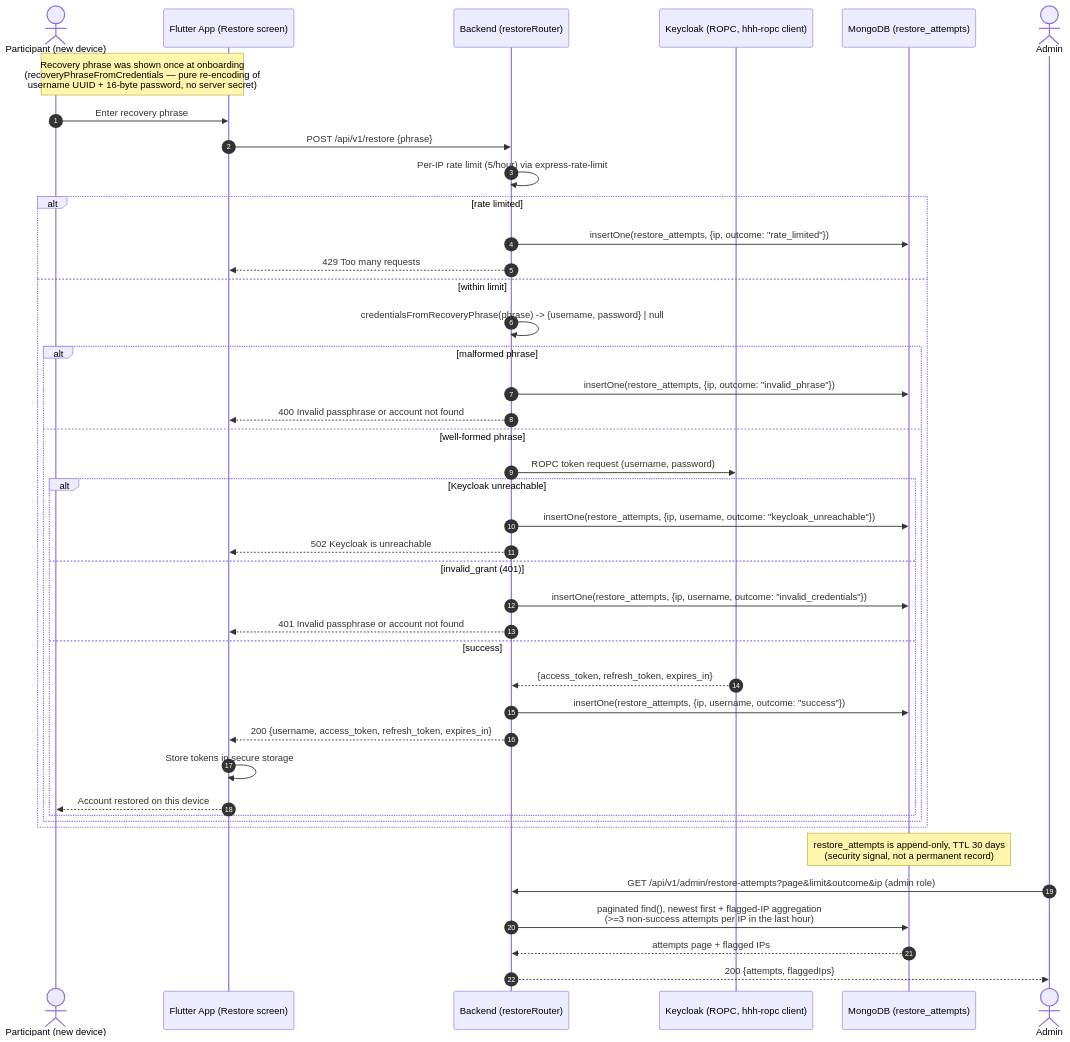
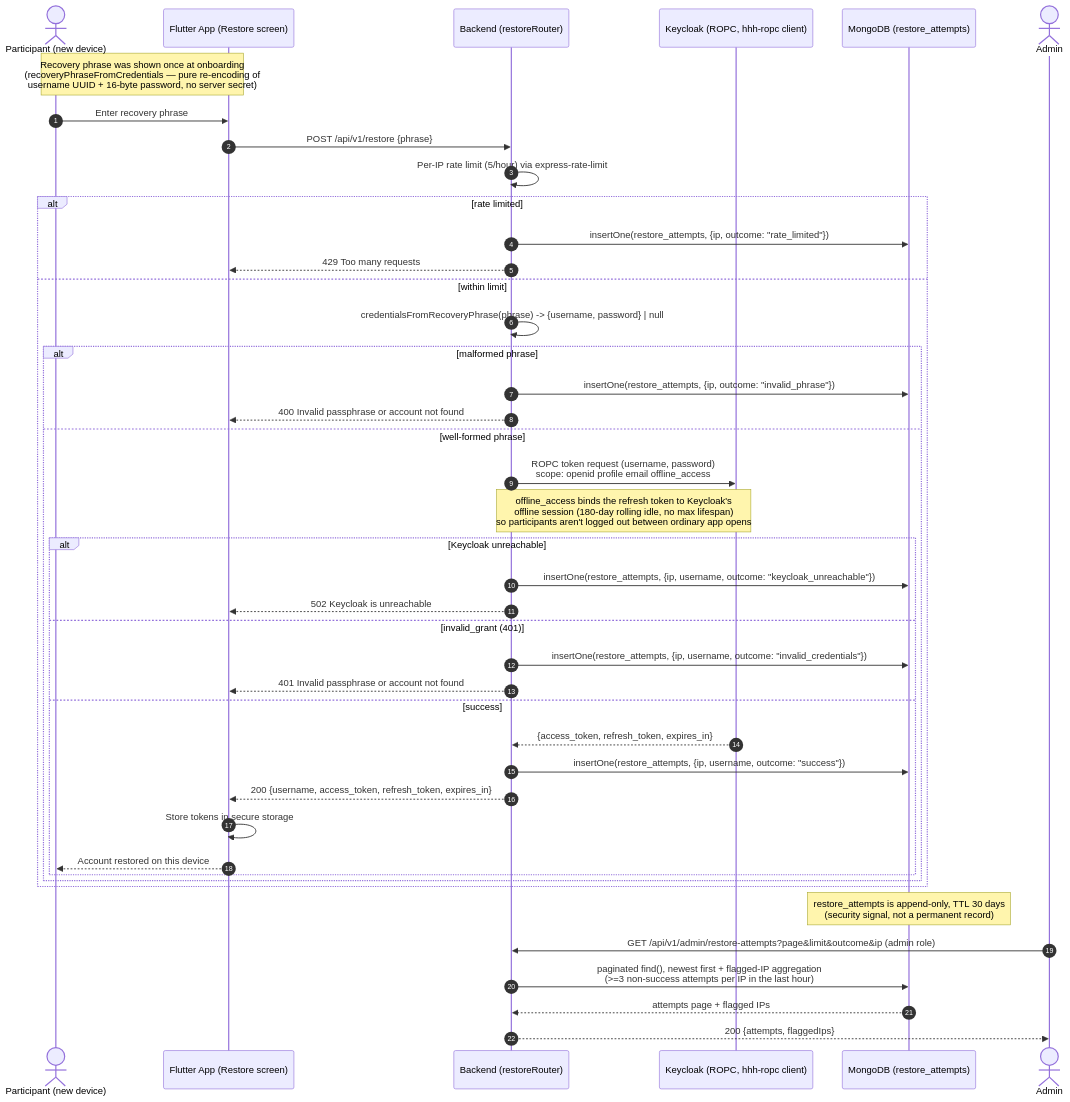
The diagram in docs/diagrams/sequences/UC-39-recover-account-passphrase.mmd (Bulgy404/health-habit-hub), drawn with Mermaid before and after one commit. The commit also changed 11 other files, not shown here.

```diff
--- a/docs/diagrams/sequences/UC-39-recover-account-passphrase.mmd
+++ b/docs/diagrams/sequences/UC-39-recover-account-passphrase.mmd
@@ -1,51 +1,52 @@
 %% UC-39 — Recover account via passphrase, with admin-side attempt monitoring
 %% Source: app/routes/restoreRouter.js, app/utils/recoveryPhrase.js,
 %% app/services/keycloakRopcClient.js, app/models/restoreAttempt.js,
 %% app/routes/admin/restoreAttemptsRouter.js,
 %% mobile/lib/screens/onboarding/{passphrase,restore}_screen.dart
 sequenceDiagram
     autonumber
     actor P as Participant (new device)
     participant F as Flutter App (Restore screen)
     participant B as Backend (restoreRouter)
     participant KC as Keycloak (ROPC, hhh-ropc client)
     participant M as MongoDB (restore_attempts)
     actor A as Admin
 
     Note over P,F: Recovery phrase was shown once at onboarding<br/>(recoveryPhraseFromCredentials — pure re-encoding of<br/>username UUID + 16-byte password, no server secret)
 
     P->>F: Enter recovery phrase
     F->>B: POST /api/v1/restore {phrase}
     B->>B: Per-IP rate limit (5/hour) via express-rate-limit
     alt rate limited
         B->>M: insertOne(restore_attempts, {ip, outcome: "rate_limited"})
         B-->>F: 429 Too many requests
     else within limit
         B->>B: credentialsFromRecoveryPhrase(phrase) -> {username, password} | null
         alt malformed phrase
             B->>M: insertOne(restore_attempts, {ip, outcome: "invalid_phrase"})
             B-->>F: 400 Invalid passphrase or account not found
         else well-formed phrase
-            B->>KC: ROPC token request (username, password)
+            B->>KC: ROPC token request (username, password)<br/>scope: openid profile email offline_access
+            Note over B,KC: offline_access binds the refresh token to Keycloak's<br/>offline session (180-day rolling idle, no max lifespan)<br/>so participants aren't logged out between ordinary app opens
             alt Keycloak unreachable
                 B->>M: insertOne(restore_attempts, {ip, username, outcome: "keycloak_unreachable"})
                 B-->>F: 502 Keycloak is unreachable
             else invalid_grant (401)
                 B->>M: insertOne(restore_attempts, {ip, username, outcome: "invalid_credentials"})
                 B-->>F: 401 Invalid passphrase or account not found
             else success
                 KC-->>B: {access_token, refresh_token, expires_in}
                 B->>M: insertOne(restore_attempts, {ip, username, outcome: "success"})
                 B-->>F: 200 {username, access_token, refresh_token, expires_in}
                 F->>F: Store tokens in secure storage
                 F-->>P: Account restored on this device
             end
         end
     end
 
     Note over M: restore_attempts is append-only, TTL 30 days<br/>(security signal, not a permanent record)
 
     A->>B: GET /api/v1/admin/restore-attempts?page&limit&outcome&ip (admin role)
     B->>M: paginated find(), newest first + flagged-IP aggregation<br/>(>=3 non-success attempts per IP in the last hour)
     M-->>B: attempts page + flagged IPs
     B-->>A: 200 {attempts, flaggedIps}
```
